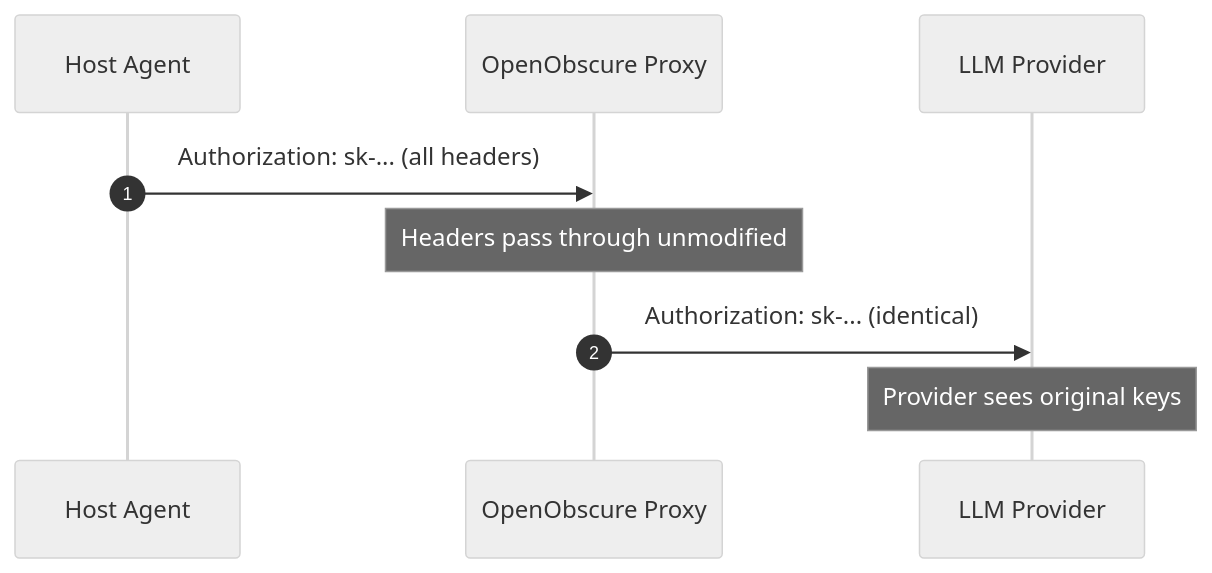
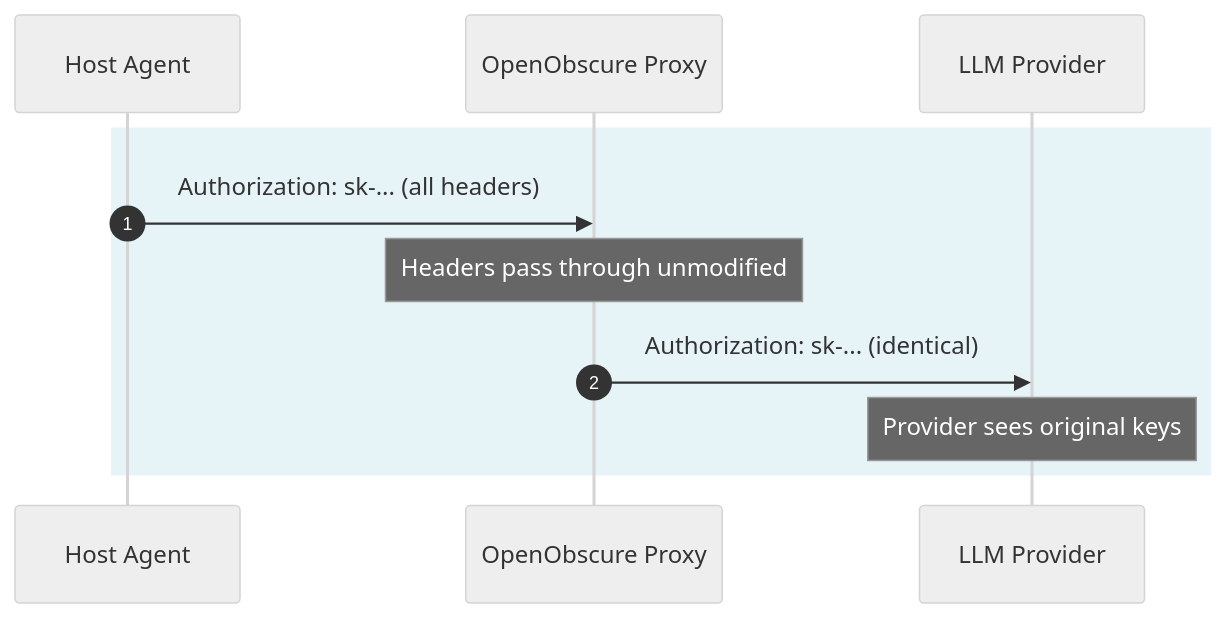
One commit to OpenObscure/OpenObscure changed the third of 3 diagrams in ARCHITECTURE.md. Above: the diagram before and after it, drawn with Mermaid (neutral theme). The commit also changed 3 other files, not shown here.

````diff
--- a/ARCHITECTURE.md
+++ b/ARCHITECTURE.md
@@ -323,13 +323,15 @@
 ```mermaid
 sequenceDiagram
     autonumber
 
     participant A as Host Agent
     participant P as OpenObscure Proxy
     participant L as LLM Provider
 
-    A->>P: Authorization: sk-... (all headers)
-    Note over P: Headers pass through unmodified
-    P->>L: Authorization: sk-... (identical)
-    Note over L: Provider sees original keys
+    rect rgb(230, 243, 247)
+        A->>P: Authorization: sk-... (all headers)
+        Note over P: Headers pass through unmodified
+        P->>L: Authorization: sk-... (identical)
+        Note over L: Provider sees original keys
+    end
 ```
````
